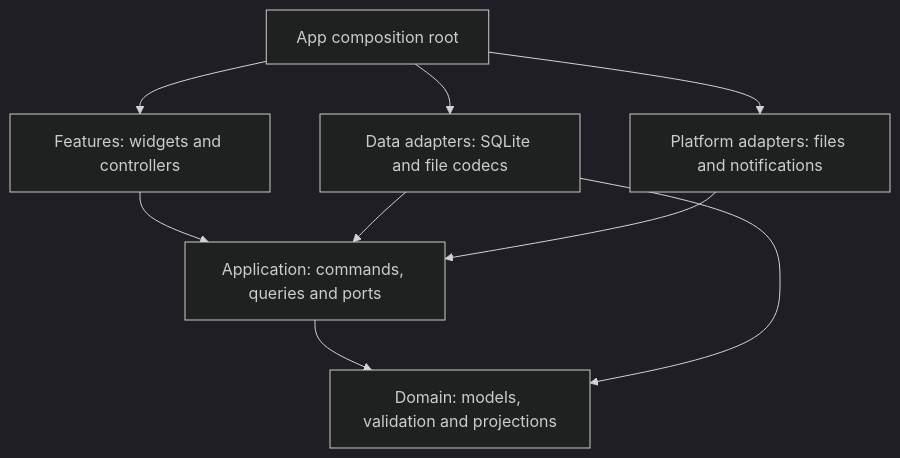
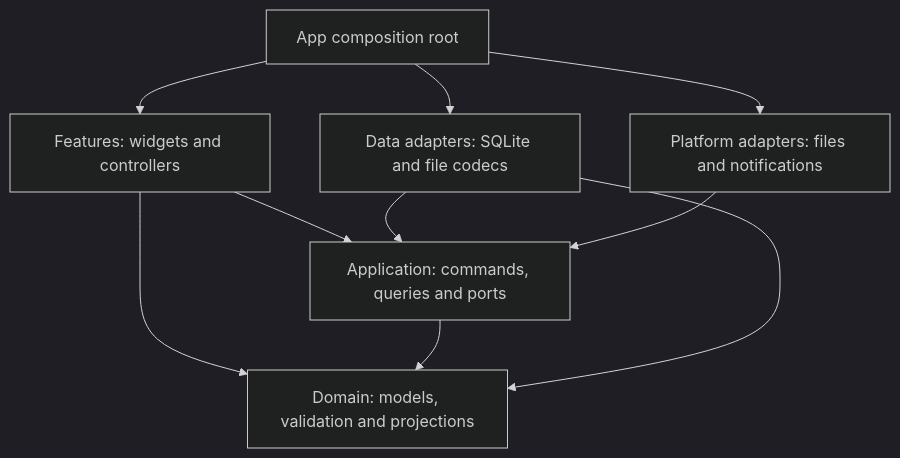
The diagram in docs/ARCHITECTURE.md (lorendw7/Cadence), drawn with Mermaid (dark theme) before and after one commit. The commit also changed other lines of this file and 33 other files, not shown here.

Commit message:
Refresh planner design, learning roadmap and academic notebook website

````diff
--- a/docs/ARCHITECTURE.md
+++ b/docs/ARCHITECTURE.md
@@ -11,11 +33,12 @@
 ```mermaid
 flowchart TD
     App[App composition root] --> UI[Features: widgets and controllers]
     App --> Data[Data adapters: SQLite and file codecs]
     App --> Platform[Platform adapters: files and notifications]
     UI --> Application[Application: commands, queries and ports]
+    UI --> Domain[Domain: models, validation and projections]
     Data --> Application
     Platform --> Application
-    Application --> Domain[Domain: models, validation and projections]
+    Application --> Domain
     Data --> Domain
 ```
````
